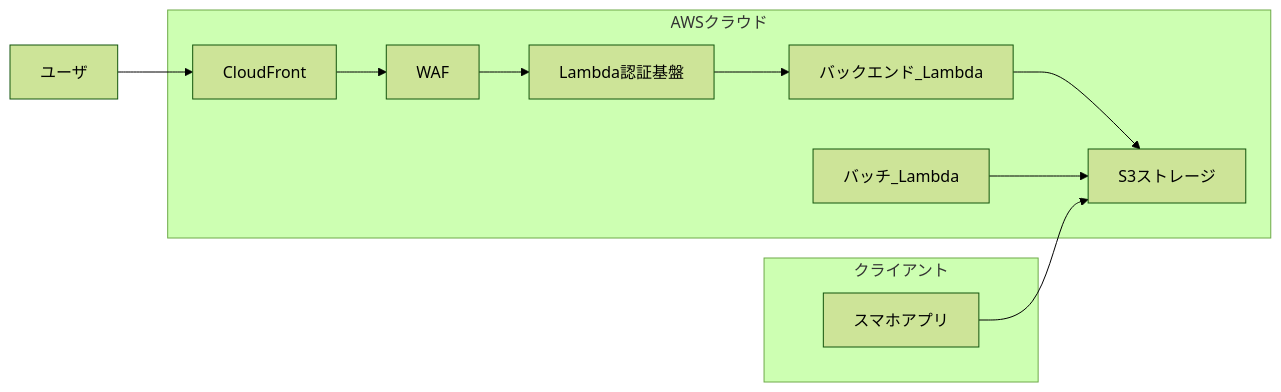
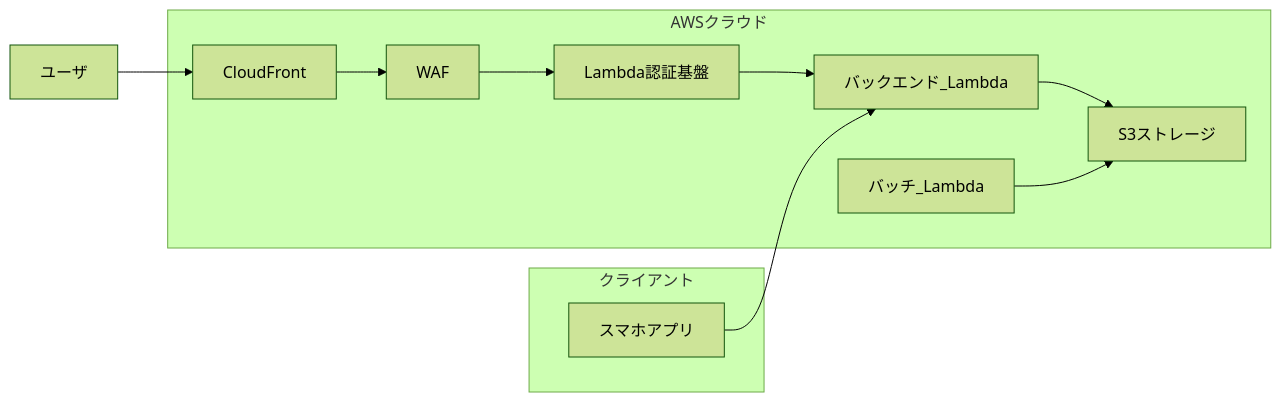
One commit to deidra-JP-windows/front-web-site-for-riften-terraform changed the diagram in diagram/ネットワーク構成図.md. Above: the diagram before and after it, drawn with Mermaid (forest theme). The commit also changed 3 other files, not shown here.

````diff
--- a/diagram/ネットワーク構成図.md
+++ b/diagram/ネットワーク構成図.md
@@ -1,21 +1,21 @@
 ```mermaid
 flowchart LR
   subgraph AWSクラウド
     CF[CloudFront]
     WAF[WAF]
     L[Lambda認証基盤]
     BE[バックエンド_Lambda]
     BATCH[バッチ_Lambda]
     S3[S3ストレージ]
   end
   User[ユーザ] --> CF
   CF --> WAF
   WAF --> L
   L --> BE
   BE --> S3
   BATCH --> S3
   subgraph クライアント
     APP[スマホアプリ]
   end
-  APP --> S3
+  APP --> BE
 ```
````
